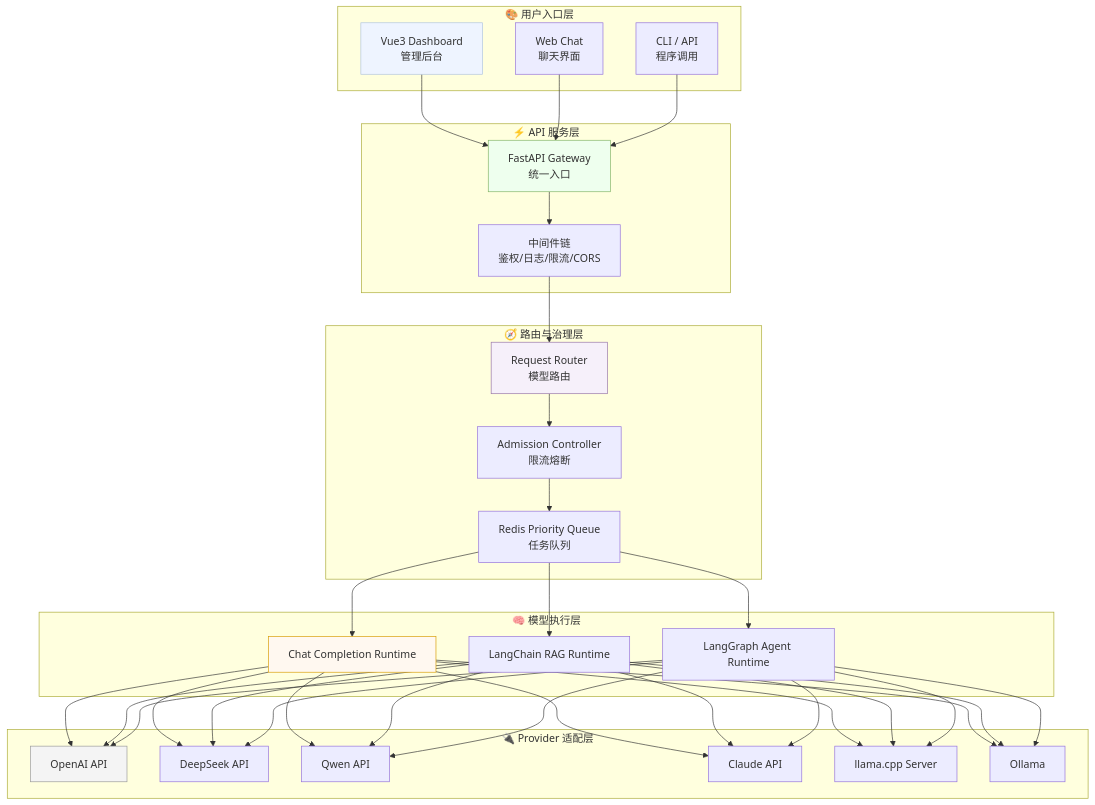
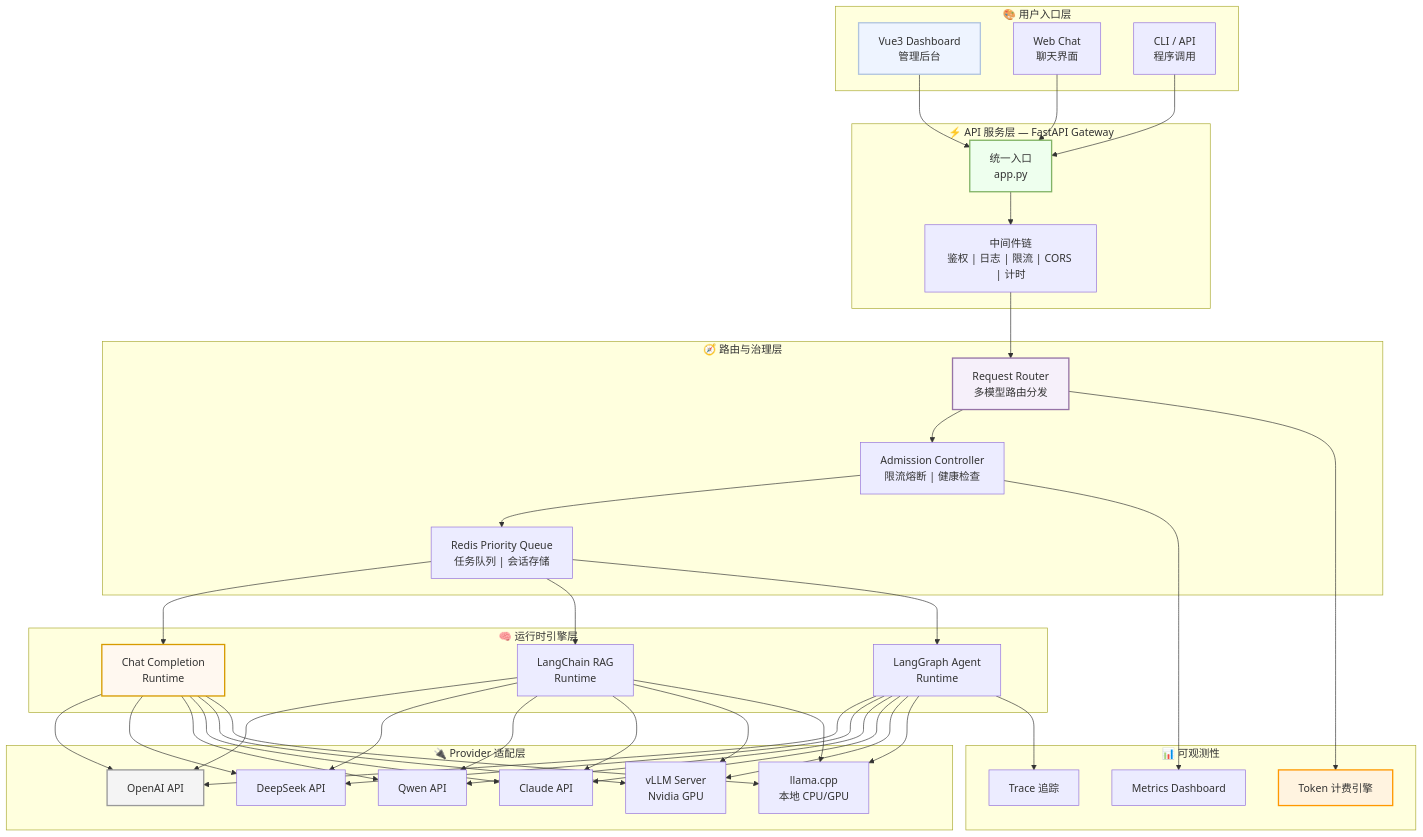
One commit to gyc-chenxi/llm-fullstack-dev-roadmap changed the second of 2 diagrams in README.md. Above: the diagram before and after it, drawn with Mermaid. The commit also changed other lines of this file, not shown here.

````diff
--- a/README.md
+++ b/README.md
@@ -193,48 +227,58 @@
 ```mermaid
 graph TB
     subgraph "🎨 用户入口层"
-        A[Vue3 Dashboard<br/>管理后台]
-        B[Web Chat<br/>聊天界面]
-        C[CLI / API<br/>程序调用]
+        A["Vue3 Dashboard<br/>管理后台"]
+        B["Web Chat<br/>聊天界面"]
+        C["CLI / API<br/>程序调用"]
     end
 
-    subgraph "⚡ API 服务层"
-        D[FastAPI Gateway<br/>统一入口]
-        E[中间件链<br/>鉴权/日志/限流/CORS]
+    subgraph "⚡ API 服务层 — FastAPI Gateway"
+        D["统一入口<br/>app.py"]
+        E["中间件链<br/>鉴权 | 日志 | 限流 | CORS | 计时"]
     end
 
     subgraph "🧭 路由与治理层"
-        F[Request Router<br/>模型路由]
-        G[Admission Controller<br/>限流熔断]
-        H[Redis Priority Queue<br/>任务队列]
+        F["Request Router<br/>多模型路由分发"]
+        G["Admission Controller<br/>限流熔断 | 健康检查"]
+        H["Redis Priority Queue<br/>任务队列 | 会话存储"]
     end
 
-    subgraph "🧠 模型执行层"
-        I[Chat Completion Runtime]
-        J[LangChain RAG Runtime]
-        K[LangGraph Agent Runtime]
+    subgraph "🧠 运行时引擎层"
+        I["Chat Completion<br/>Runtime"]
+        J["LangChain RAG<br/>Runtime"]
+        K["LangGraph Agent<br/>Runtime"]
     end
 
     subgraph "🔌 Provider 适配层"
-        L[OpenAI API]
-        M[DeepSeek API]
-        N[Qwen API]
-        O[Claude API]
-        P[llama.cpp Server]
-        Q[Ollama]
+        L["OpenAI API"]
+        M["DeepSeek API"]
+        N["Qwen API"]
+        O["Claude API"]
+        P["vLLM Server<br/>Nvidia GPU"]
+        Q["llama.cpp<br/>本地 CPU/GPU"]
+    end
+
+    subgraph "📊 可观测性"
+        R["Token 计费引擎"]
+        S["Metrics Dashboard"]
+        T["Trace 追踪"]
     end
 
     A & B & C --> D
     D --> E
     E --> F
     F --> G
     G --> H
     H --> I & J & K
     I & J & K --> L & M & N & O & P & Q
+    F --> R
+    G --> S
+    K --> T
 
-    style A fill:#eef4ff,stroke:#b0c4de
-    style D fill:#eeffee,stroke:#82b366
-    style F fill:#f6f0fa,stroke:#9673a6
-    style I fill:#fff8f0,stroke:#d79b00
-    style L fill:#f4f4f4,stroke:#999999
+    style A fill:#eef4ff,stroke:#b0c4de,stroke-width:2px
+    style D fill:#eeffee,stroke:#82b366,stroke-width:2px
+    style F fill:#f6f0fa,stroke:#9673a6,stroke-width:2px
+    style I fill:#fff8f0,stroke:#d79b00,stroke-width:2px
+    style L fill:#f4f4f4,stroke:#999999,stroke-width:2px
+    style R fill:#fff3e0,stroke:#ff9800,stroke-width:2px
 ```
````
